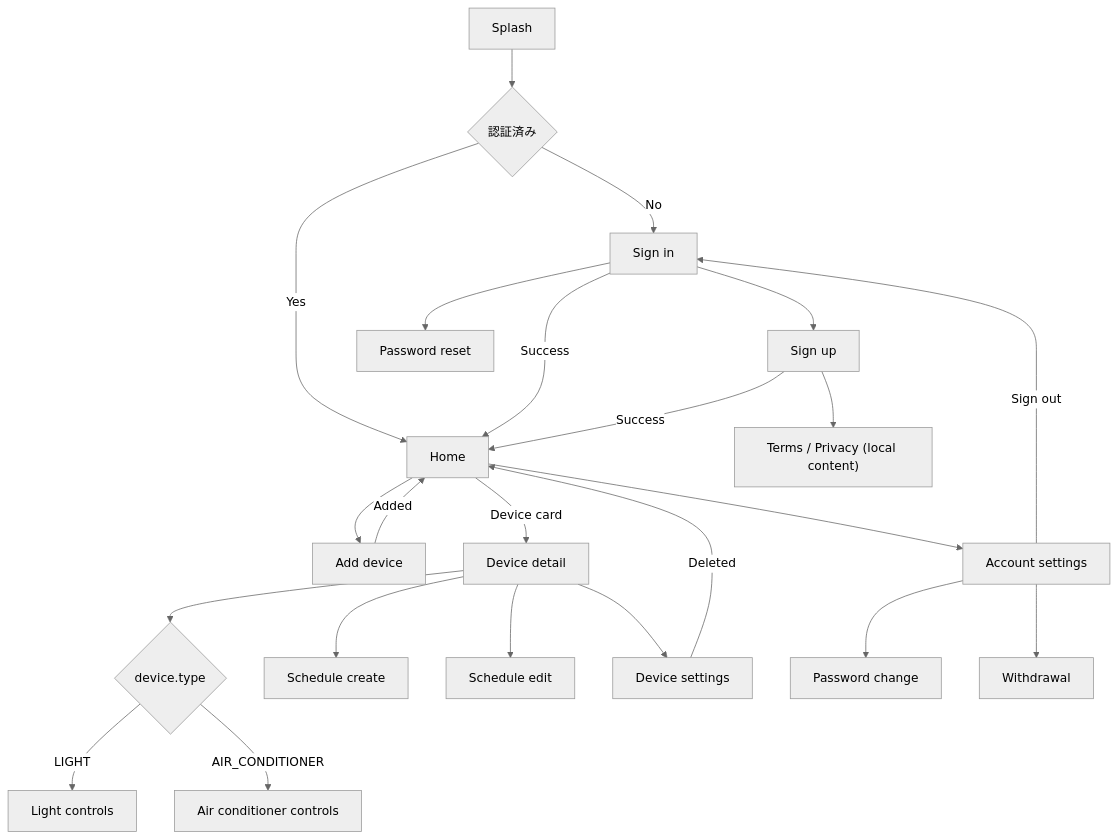
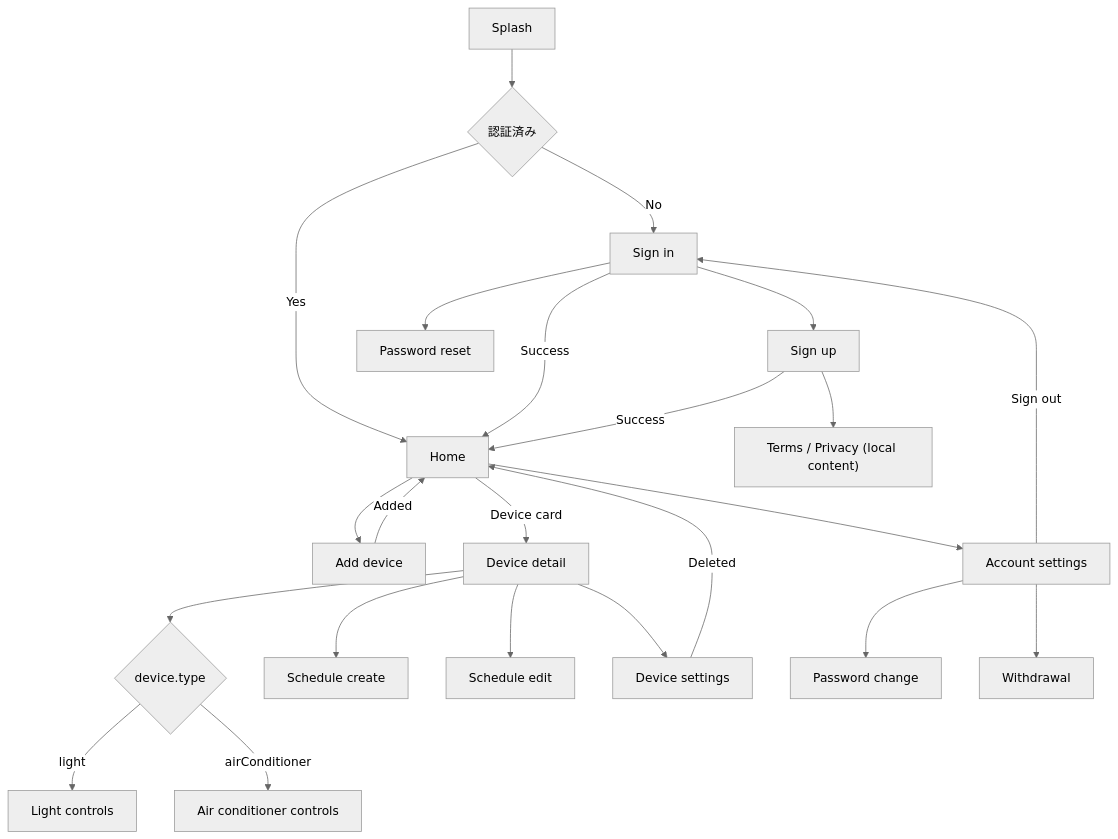
One commit to Yunnashi/mini_home_mobile changed the diagram in docs/minihome-product-spec.md. Above: the diagram before and after it, drawn with Mermaid (neutral theme). The commit also changed other lines of this file and 19 other files, not shown here.

````diff
--- a/docs/minihome-product-spec.md
+++ b/docs/minihome-product-spec.md
@@ -199,25 +199,25 @@
 ```mermaid
 flowchart TD
     Splash["Splash"] --> AuthCheck{"認証済み"}
     AuthCheck -->|No| SignIn["Sign in"]
     AuthCheck -->|Yes| Home["Home"]
     SignIn --> SignUp["Sign up"]
     SignIn --> PasswordReset["Password reset"]
     SignIn -->|Success| Home
     SignUp --> WebView["Terms / Privacy (local content)"]
     SignUp -->|Success| Home
     Home --> AddDevice["Add device"]
     AddDevice -->|Added| Home
     Home -->|Device card| DeviceDetail["Device detail"]
     DeviceDetail --> Type{"device.type"}
-    Type -->|LIGHT| LightPanel["Light controls"]
-    Type -->|AIR_CONDITIONER| AirPanel["Air conditioner controls"]
+    Type -->|light| LightPanel["Light controls"]
+    Type -->|airConditioner| AirPanel["Air conditioner controls"]
     DeviceDetail --> ScheduleCreate["Schedule create"]
     DeviceDetail --> ScheduleEdit["Schedule edit"]
     DeviceDetail --> DeviceSettings["Device settings"]
     DeviceSettings -->|Deleted| Home
     Home --> AccountSettings["Account settings"]
     AccountSettings --> PasswordChange["Password change"]
     AccountSettings --> Withdrawal["Withdrawal"]
     AccountSettings -->|Sign out| SignIn
 ```
````
